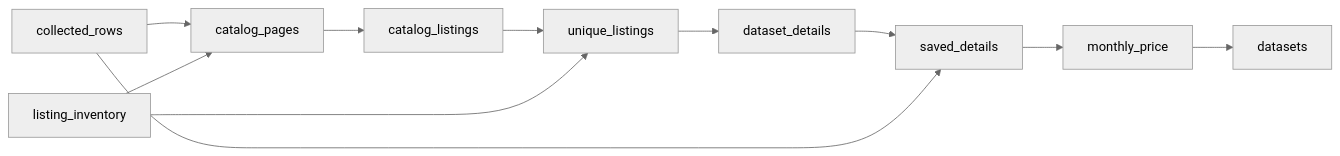
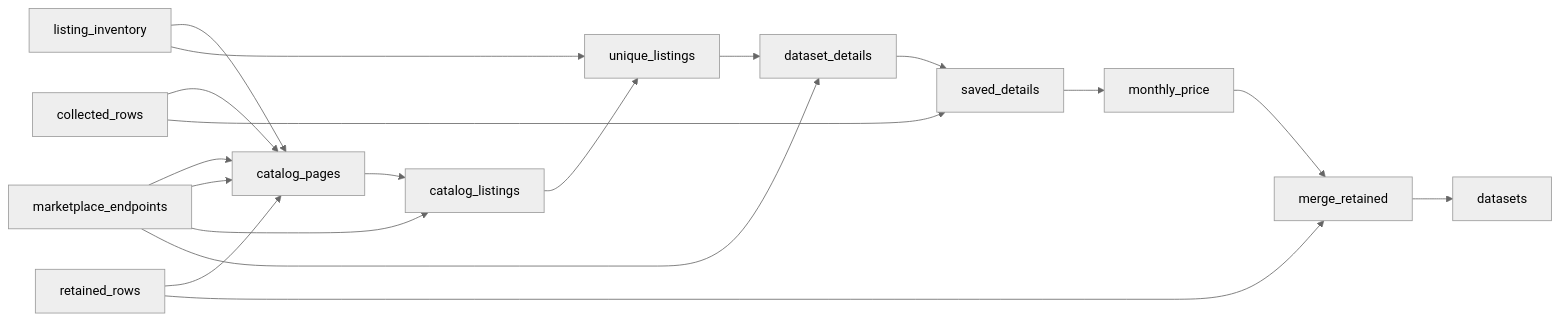
The diagram in datasets/datasets-for-sale-3fb2e8b82ab2/README.md (jsonifyco/public-datasets), drawn with Mermaid (neutral theme) before and after one commit. The commit also changed other lines of this file, not shown here.

Commit message:
Update datasets-for-sale-3fb2e8b82ab2

````diff
--- a/datasets/datasets-for-sale-3fb2e8b82ab2/README.md
+++ b/datasets/datasets-for-sale-3fb2e8b82ab2/README.md
@@ -61,22 +61,32 @@
 ```mermaid
 flowchart LR
   n0["collected#95;rows"]
   n1["listing#95;inventory"]
-  n2["catalog#95;pages"]
-  n3["catalog#95;listings"]
-  n4["unique#95;listings"]
-  n5["dataset#95;details"]
-  n6["saved#95;details"]
-  n7["monthly#95;price"]
-  n8["datasets"]
-  n2 --> n3
-  n3 --> n4
+  n2["retained#95;rows"]
+  n3["marketplace#95;endpoints"]
+  n4["catalog#95;pages"]
+  n5["catalog#95;listings"]
+  n6["unique#95;listings"]
+  n7["dataset#95;details"]
+  n8["saved#95;details"]
+  n9["monthly#95;price"]
+  n10["merge#95;retained"]
+  n11["datasets"]
   n4 --> n5
   n5 --> n6
   n6 --> n7
   n7 --> n8
-  n0 --> n2
-  n1 --> n2
+  n8 --> n9
+  n9 --> n10
+  n10 --> n11
+  n0 --> n4
   n1 --> n4
-  n0 --> n6
+  n2 --> n4
+  n3 --> n4
+  n3 --> n4
+  n3 --> n5
+  n1 --> n6
+  n3 --> n7
+  n0 --> n8
+  n2 --> n10
 ```
````
